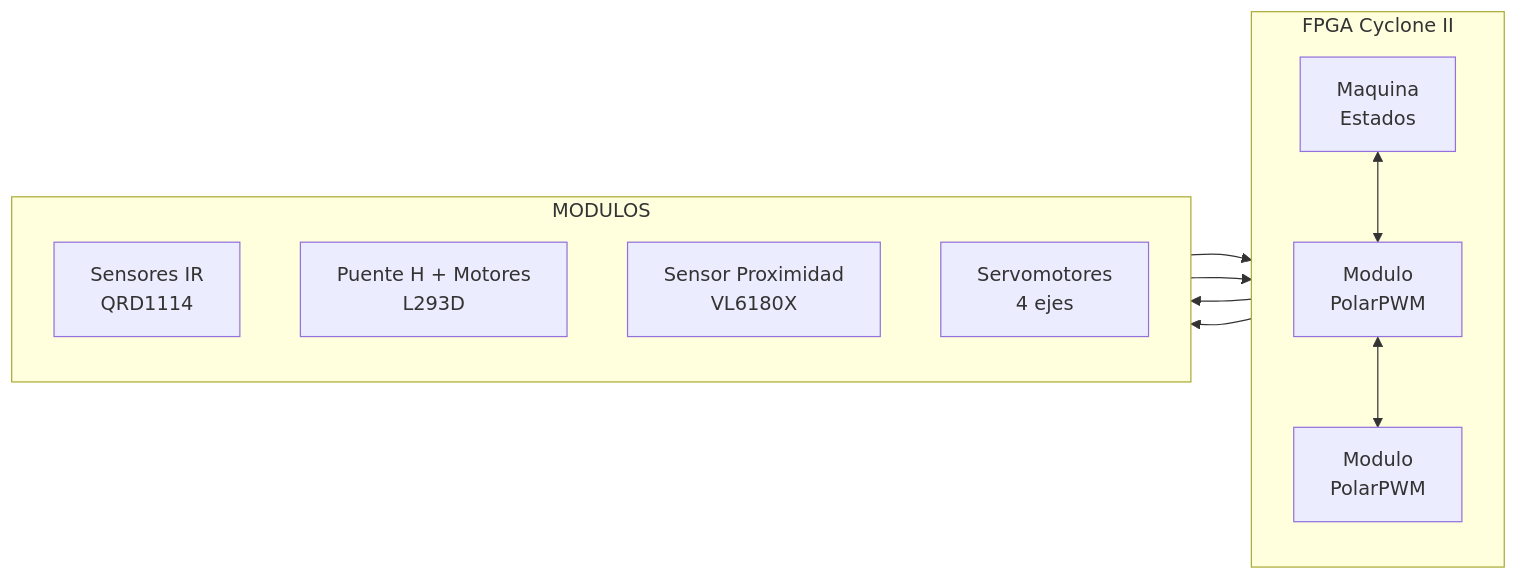
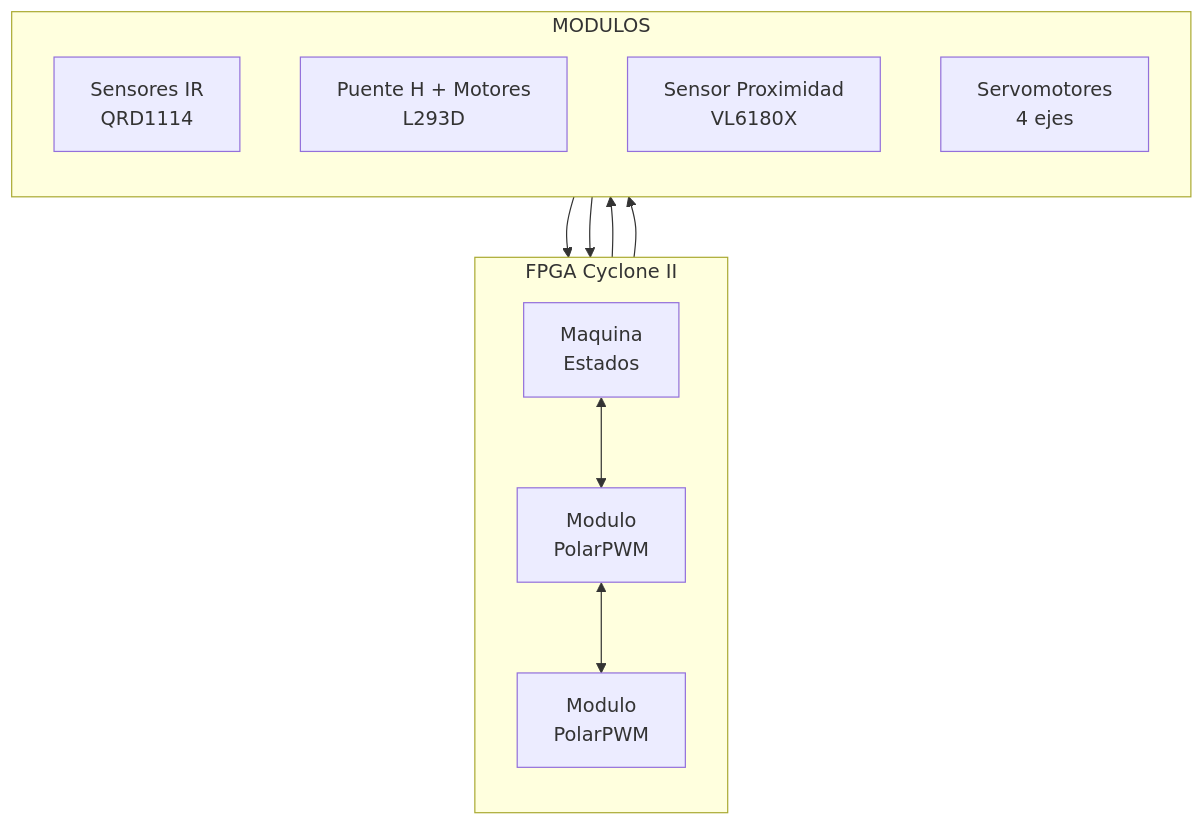
The first of 2 diagrams in README.md (Actronix09/SeguidorLinea_Brazo), drawn with Mermaid before and after one commit.

Commit message:
Correciones mermaid

````diff
--- a/README.md
+++ b/README.md
@@ -82,29 +82,29 @@
 ```mermaid
-flowchart LR
+flowchart TB
 
     subgraph FPGA["FPGA Cyclone II"]
         direction TB
 
         SM["Maquina<br/>Estados"]
         PWM1["Modulo<br/>PolarPWM"]
         PWM2["Modulo<br/>PolarPWM"]
 
         SM <--> PWM1
         PWM1 <--> PWM2
     end
 
     subgraph MODULOS
         direction TB
 
         IR["Sensores IR<br/>QRD1114"]
         HBRIDGE["Puente H + Motores<br/>L293D"]
         PROX["Sensor Proximidad<br/>VL6180X"]
         SERVO["Servomotores<br/>4 ejes"]
     end
 
     IR --> SM
     SM --> HBRIDGE
 
     PROX --> PWM1
     PWM1 --> SERVO
 ```
````
